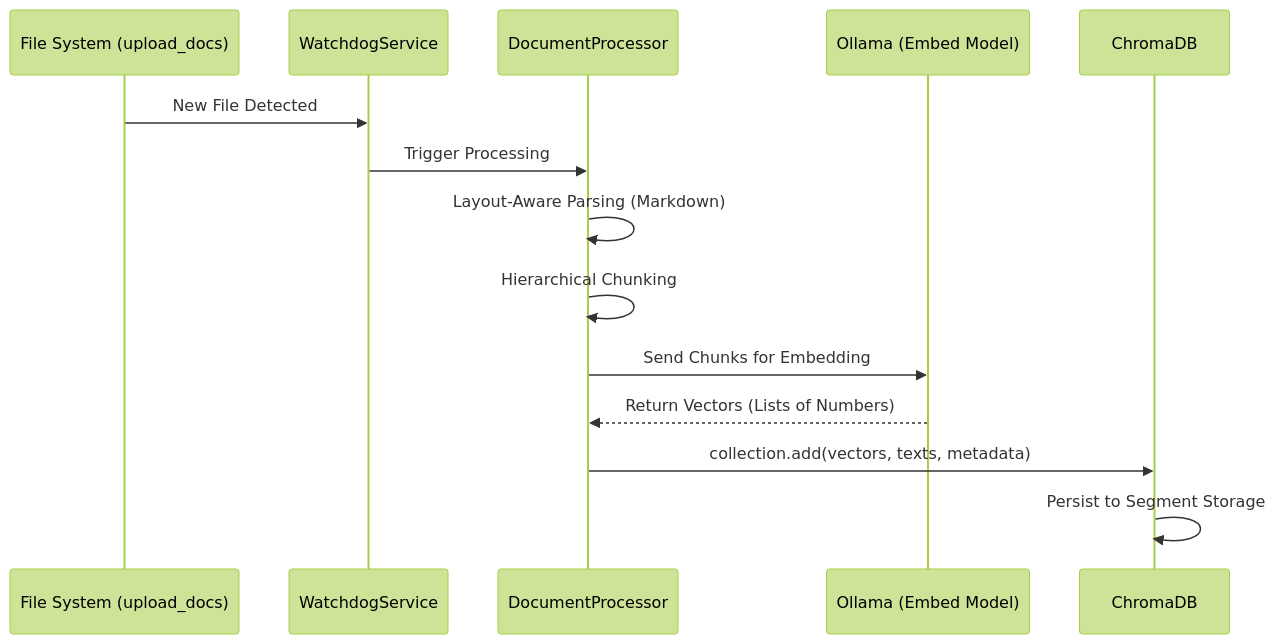
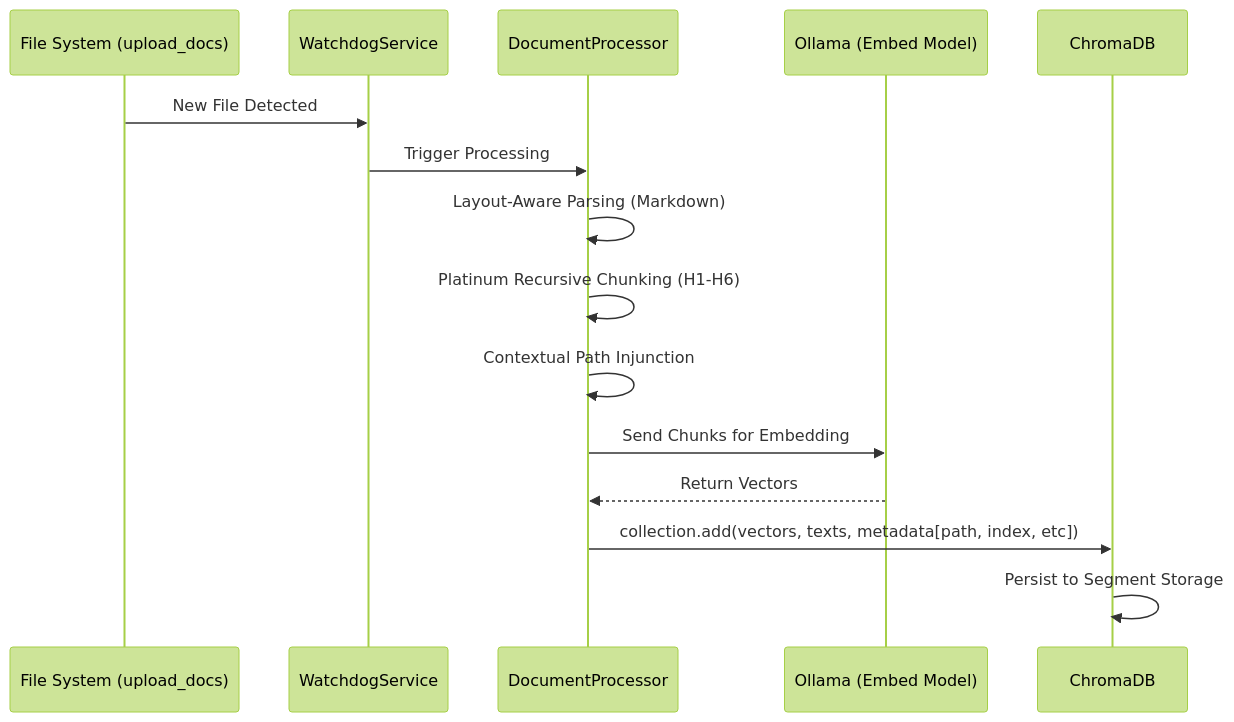
Before and after one commit to NayanEupho/RAG_Chat_IPRv1.5: the diagram in Vector_Database_Encyclopedia.md, drawn with Mermaid (forest theme). The commit also changed other lines of this file and 19 other files, not shown here.

First line of the commit message:
feat(rag): add hierarchical chunk metadata, platinum retriever envelopes, and unified embedding debug manager

````diff
--- a/Vector_Database_Encyclopedia.md
+++ b/Vector_Database_Encyclopedia.md
@@ -32,17 +32,18 @@
 ```mermaid
 sequenceDiagram
     participant FS as File System (upload_docs)
     participant WD as WatchdogService
     participant DP as DocumentProcessor
     participant LLM as Ollama (Embed Model)
     participant CDB as ChromaDB
     
     FS->>WD: New File Detected
     WD->>DP: Trigger Processing
     DP->>DP: Layout-Aware Parsing (Markdown)
-    DP->>DP: Hierarchical Chunking
+    DP->>DP: Platinum Recursive Chunking (H1-H6)
+    DP->>DP: Contextual Path Injunction
     DP->>LLM: Send Chunks for Embedding
-    LLM-->>DP: Return Vectors (Lists of Numbers)
-    DP->>CDB: collection.add(vectors, texts, metadata)
+    LLM-->>DP: Return Vectors
+    DP->>CDB: collection.add(vectors, texts, metadata[path, index, etc])
     CDB->>CDB: Persist to Segment Storage
 ```
````
